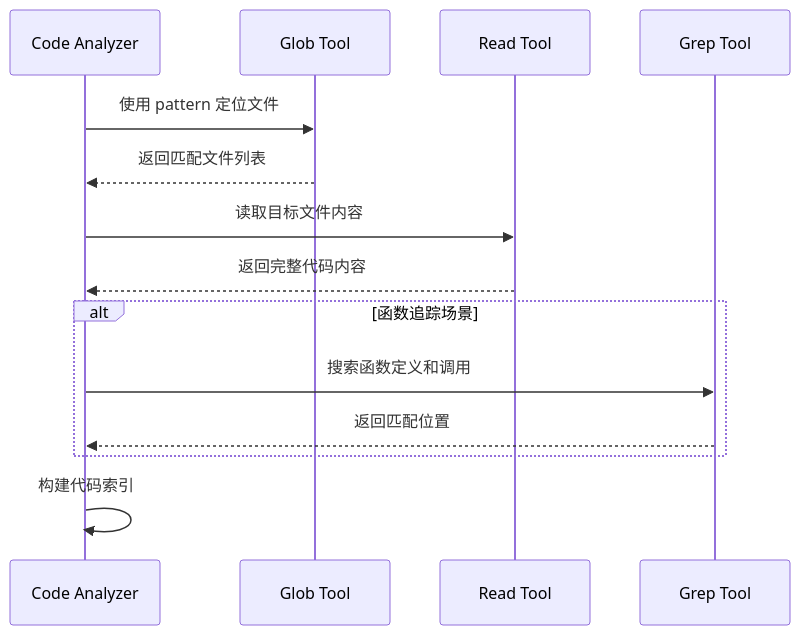
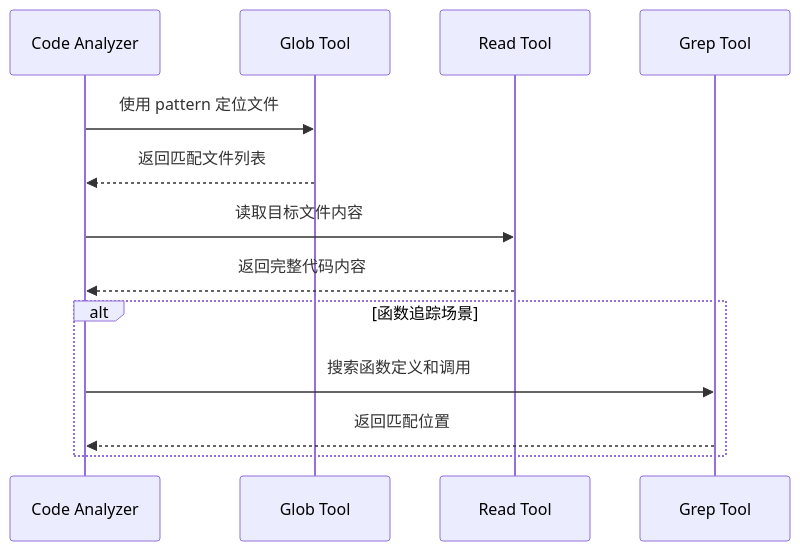
Before and after one commit to JIA-ss/agents: the fourth of 7 diagrams in agents/code-analyzer.md, drawn with Mermaid. The commit also changed other lines of this file and 4 other files, not shown here.

````diff
--- a/agents/code-analyzer.md
+++ b/agents/code-analyzer.md
@@ -143,20 +103,16 @@
 ```mermaid
 sequenceDiagram
     participant A as Code Analyzer
     participant G as Glob Tool
     participant R as Read Tool
     participant Gr as Grep Tool
 
     A->>G: 使用 pattern 定位文件
     G-->>A: 返回匹配文件列表
-
     A->>R: 读取目标文件内容
     R-->>A: 返回完整代码内容
-
     alt 函数追踪场景
         A->>Gr: 搜索函数定义和调用
         Gr-->>A: 返回匹配位置
     end
-
-    A->>A: 构建代码索引
 ```
````
